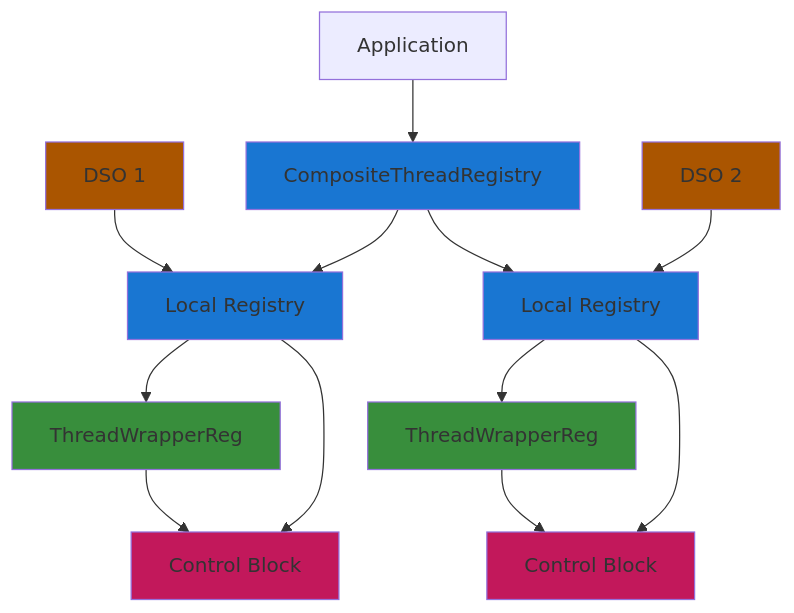
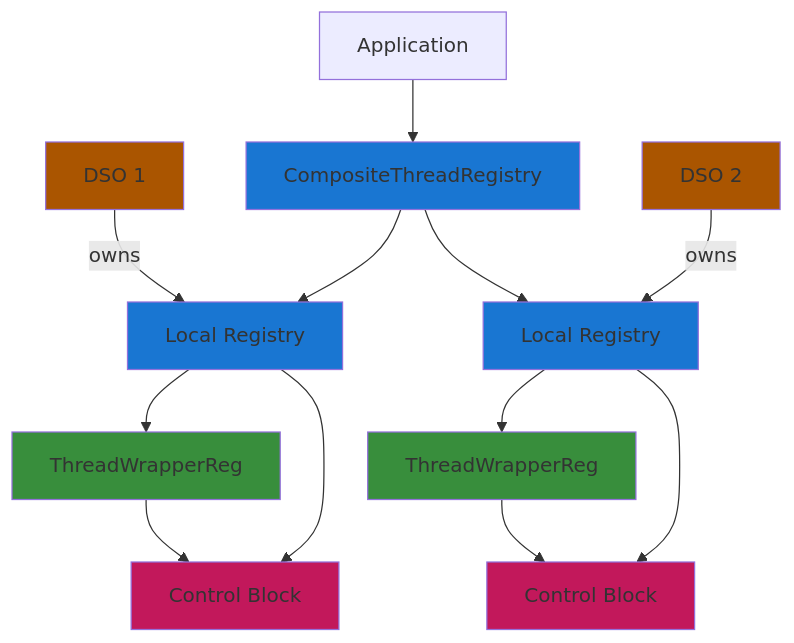
One commit to Katze719/ThreadSchedule changed the fourth of 5 diagrams in docs/REGISTRY.md. Above: the diagram before and after it, drawn with Mermaid. The commit also changed other lines of this file, not shown here.

First line of the commit message:
Update REGISTRY.md diagrams to clarify ownership relationships

````diff
--- a/docs/REGISTRY.md
+++ b/docs/REGISTRY.md
@@ -158,35 +158,35 @@
 ```mermaid
 graph TD
     App2[Application]
     CR[CompositeThreadRegistry]
     L1["DSO 1"]
     L2["DSO 2"]
     R1["Local Registry"]
     R2["Local Registry"]
     T4[ThreadWrapperReg]
     T5[ThreadWrapperReg]
     CB4["Control Block"]
     CB5["Control Block"]
 
     App2 --> CR
-    L1 --> R1
+    L1 --> |owns| R1
     CR --> R1
     CR --> R2
-    L2 --> R2
+    L2 --> |owns| R2
     R1 --> T4
     R2 --> T5
     T4 --> CB4
     T5 --> CB5
     R1 --> CB4
     R2 --> CB5
 
     classDef registry fill:#1976d2
     classDef controlBlock fill:#c2185b
     classDef wrapper fill:#388e3c
     classDef lib fill:#aa5500
 
     class L1,L2 lib
     class CR,R1,R2 registry
     class CB4,CB5 controlBlock
     class T4,T5 wrapper
 ```
````
